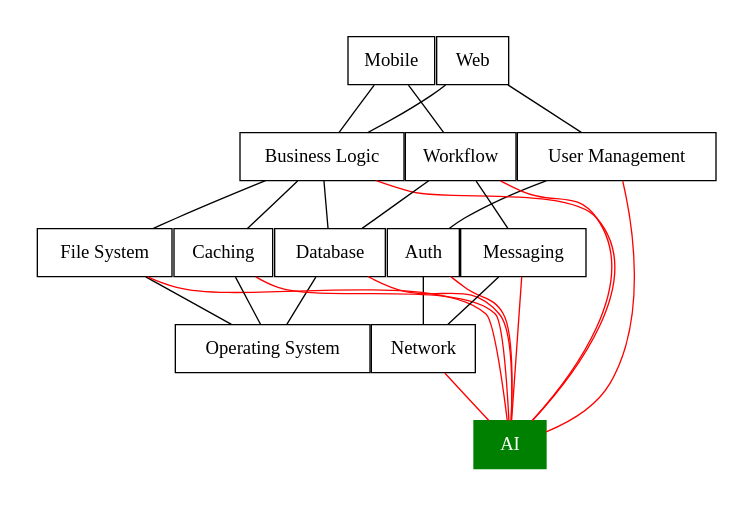
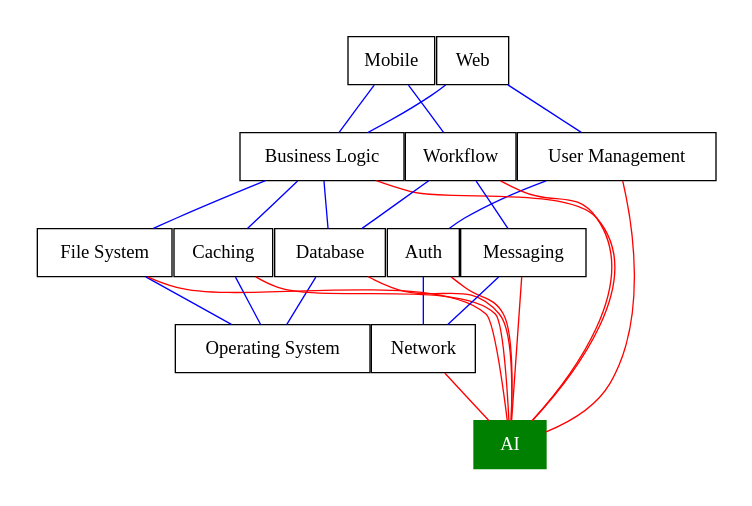
One commit to curtcox/slides changed the diagram in dot/ai_block.dot. Above: the diagram before and after it, drawn with Graphviz. The commit also changed 8 other files, not shown here.

```diff
--- a/dot/ai_block.dot
+++ b/dot/ai_block.dot
@@ -1,55 +1,55 @@
 digraph G {
     
 rankdir=TB
 nodesep=0.0
 
 node [shape=box]
-edge [dir=none]
+edge [dir=none color=blue]
 style=invis
 
 
 subgraph cluster_0 {
  OS [label="Operating System"]
  Net [label="Network"]
 }
 
 subgraph cluster_1 {
  Auth
  DB [label="Database"]
  FS [label="File System"]
  Cache [label="Caching"]
  Msg [label="Messaging"]
 }
 
 subgraph cluster_2 {
  AI [color=green style=filled fontcolor=white]
 }
 
 subgraph cluster_3 {
  UM [label="User Management"]
  BL [label="Business Logic"]
  WF [label="Workflow"]
 }
 
 subgraph cluster_4 {
  Web
  Mobile
 }
 
 Web -> UM
 Web -> BL
 Mobile -> BL
 Mobile -> WF
 
 UM -> Auth
 BL -> {DB FS}
 BL -> Cache
 WF -> DB
 WF -> Msg -> Net
 Auth -> Net
 {Cache DB FS} -> OS
 
 edge [color=red]
 {Auth DB Net BL Cache WF Msg FS UM} -> AI
 
 }
```
